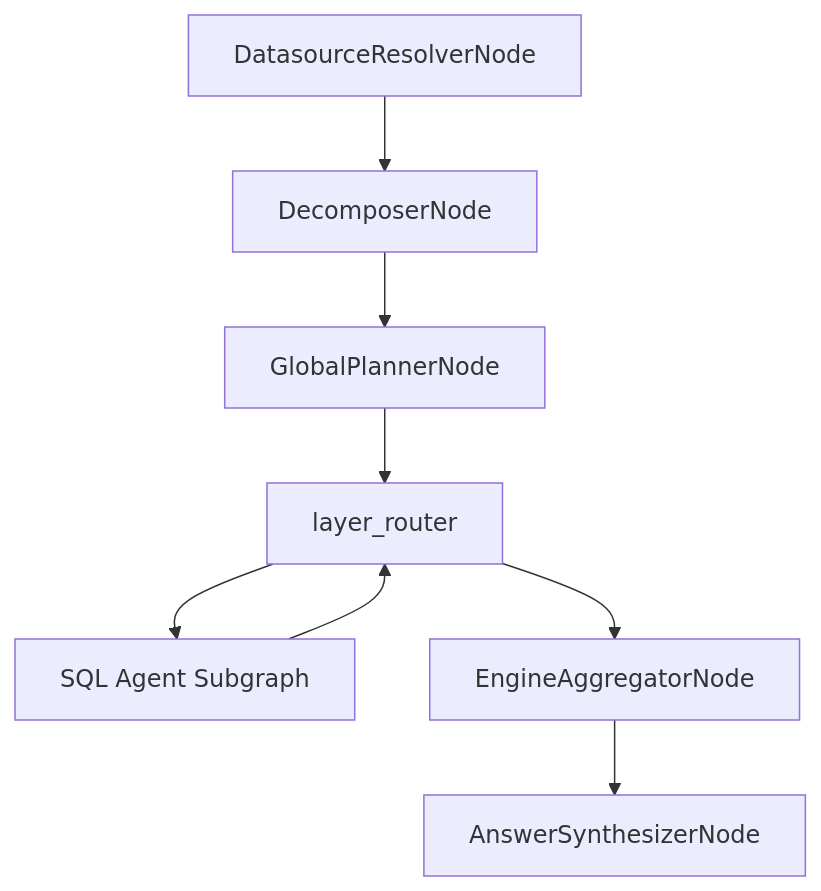
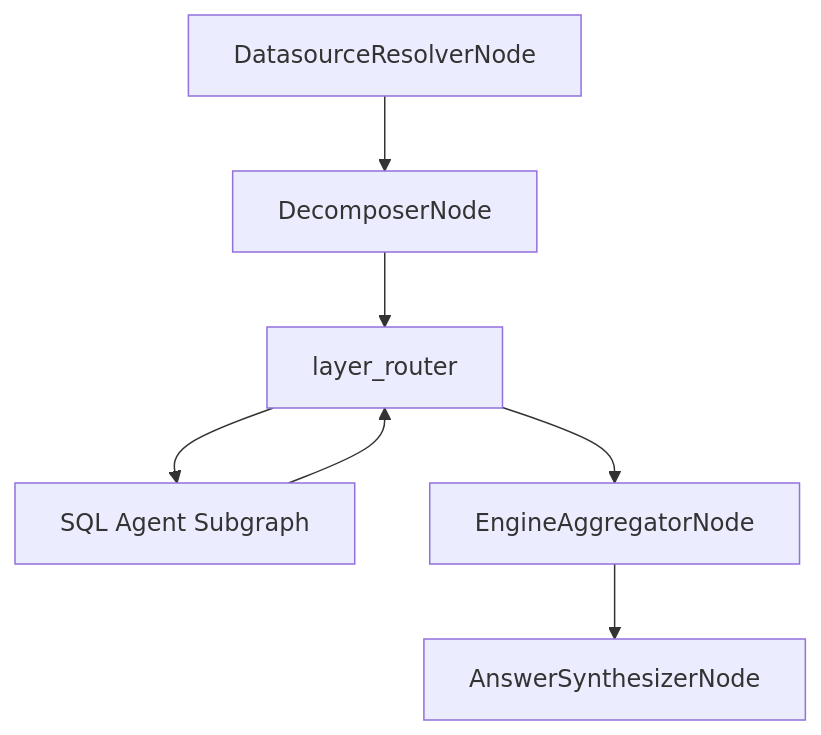
Before and after one commit to nadeem4/nl2sql: the first of 4 diagrams in docs/architecture/pipeline.md, drawn with Mermaid. The commit also changed other lines of this file and 40 other files, not shown here.

````diff
--- a/docs/architecture/pipeline.md
+++ b/docs/architecture/pipeline.md
@@ -7,10 +7,9 @@
 ```mermaid
 flowchart TD
     Resolver[DatasourceResolverNode] --> Decomposer[DecomposerNode]
-    Decomposer --> Planner[GlobalPlannerNode]
-    Planner --> Router[layer_router]
+    Decomposer --> Router[layer_router]
     Router --> SqlAgent[SQL Agent Subgraph]
     SqlAgent --> Router
     Router --> Aggregator[EngineAggregatorNode]
     Aggregator --> Synthesizer[AnswerSynthesizerNode]
 ```
````
